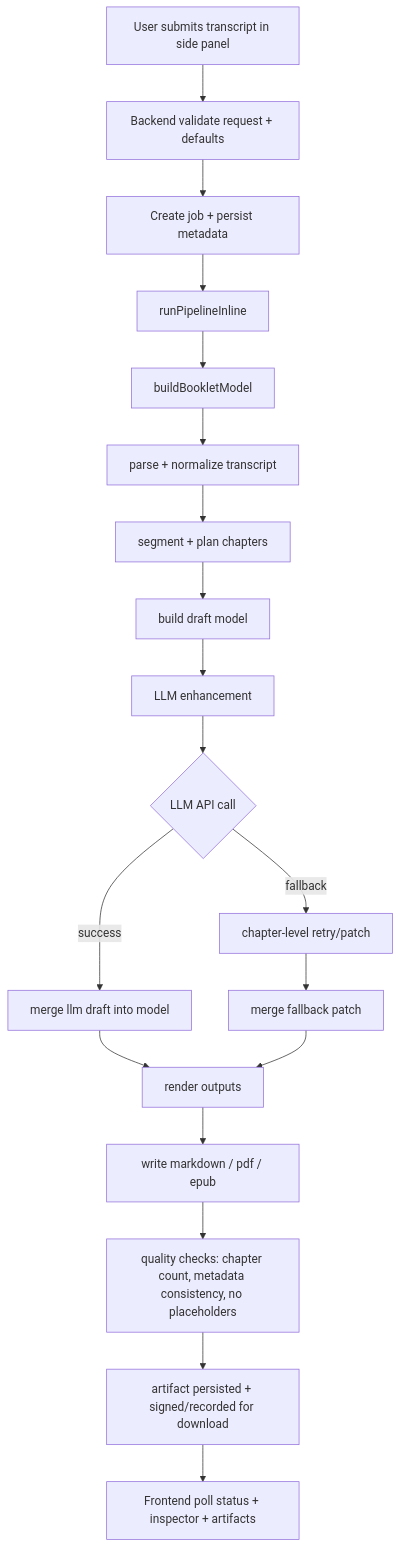
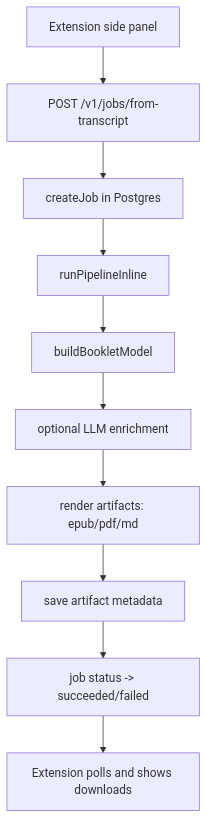
The first of 3 diagrams in README.md (CeciliaHahan/podcast_to_ebook), drawn with Mermaid before and after one commit. The commit also changed other lines of this file and 2 other files, not shown here.

First line of the commit message:
docs: README flowcharts + backend simplification plan (#1)

````diff
--- a/README.md
+++ b/README.md
@@ -89,21 +50,12 @@
 ```mermaid
 flowchart TD
-  A[User submits transcript in side panel] --> B[Backend validate request + defaults]
-  B --> C[Create job + persist metadata]
+  A[Extension side panel] --> B[POST /v1/jobs/from-transcript]
+  B --> C[createJob in Postgres]
   C --> D[runPipelineInline]
   D --> E[buildBookletModel]
-  E --> F[parse + normalize transcript]
-  F --> G[segment + plan chapters]
-  G --> H[build draft model]
-  H --> I[LLM enhancement]
-  I --> J{LLM API call}
-  J -->|success| K[merge llm draft into model]
-  J -->|fallback| L[chapter-level retry/patch]
-  L --> M[merge fallback patch]
-  K --> N[render outputs]
-  M --> N
-  N --> O[write markdown / pdf / epub]
-  O --> P[quality checks: chapter count, metadata consistency, no placeholders]
-  P --> Q[artifact persisted + signed/recorded for download]
-  Q --> R[Frontend poll status + inspector + artifacts]
+  E --> F[optional LLM enrichment]
+  F --> G[render artifacts: epub/pdf/md]
+  G --> H[save artifact metadata]
+  H --> I[job status -> succeeded/failed]
+  I --> J[Extension polls and shows downloads]
 ```
````
